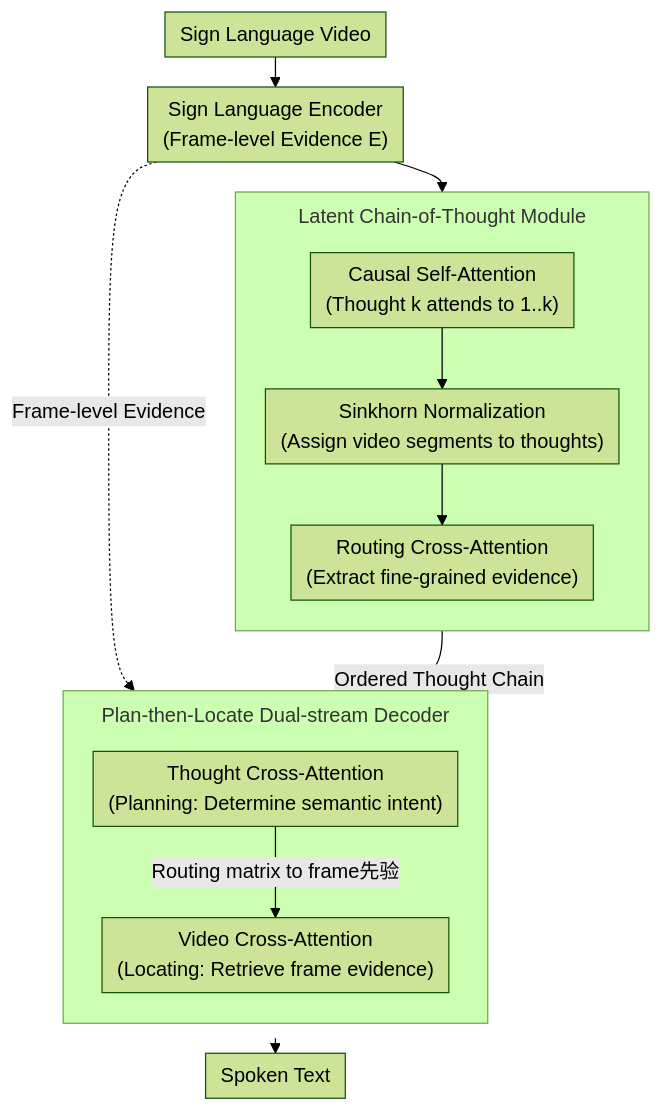
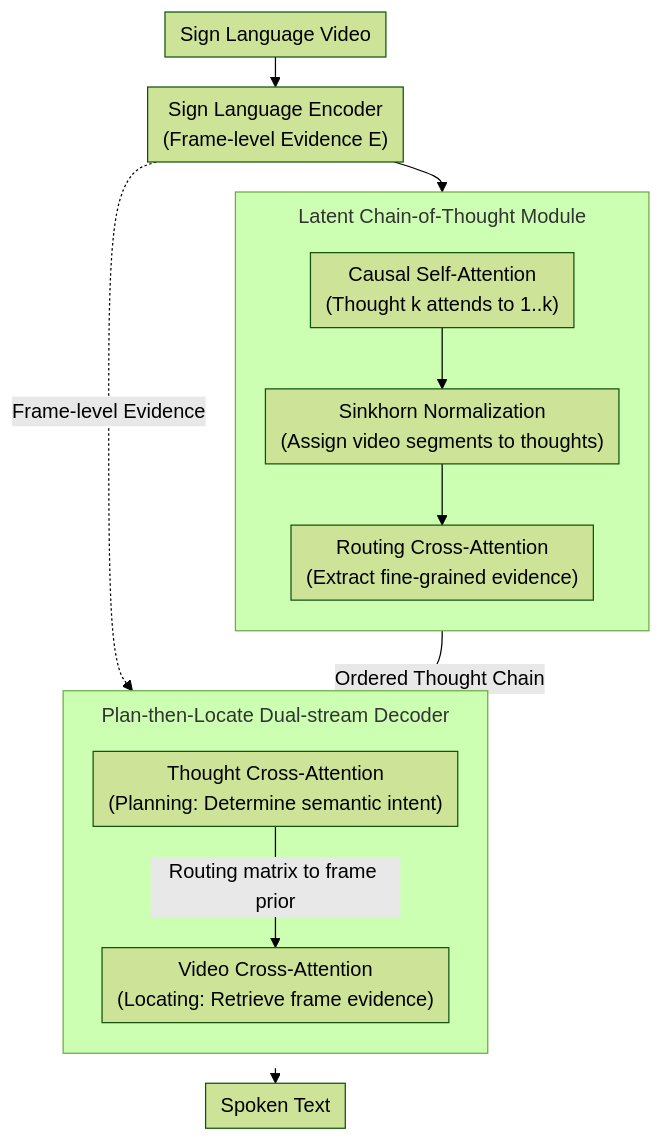
One commit to zhaoyang97/Paper-Notes-en changed the diagram in docs/ACL2026/multilingual_mt/think_in_latent_thoughts_a_new_paradigm_for_gloss-free_sign_language_translation.md. Above: the diagram before and after it, drawn with Mermaid (forest theme). The commit also changed 644 other files, not shown here.

````diff
--- a/docs/ACL2026/multilingual_mt/think_in_latent_thoughts_a_new_paradigm_for_gloss-free_sign_language_translation.md
+++ b/docs/ACL2026/multilingual_mt/think_in_latent_thoughts_a_new_paradigm_for_gloss-free_sign_language_translation.md
@@ -50,18 +50,18 @@
 ```mermaid
 %%{init: {'flowchart': {'rankSpacing': 24, 'nodeSpacing': 28, 'padding': 6, 'wrappingWidth': 400, 'subGraphTitleMargin': {'top': 8, 'bottom': 16}}}}%%
 flowchart TD
     A["Sign Language Video"] --> B["Sign Language Encoder<br/>(Frame-level Evidence E)"]
     subgraph C["Latent Chain-of-Thought Module"]
         direction TB
         C1["Causal Self-Attention<br/>(Thought k attends to 1..k)"] --> C2["Sinkhorn Normalization<br/>(Assign video segments to thoughts)"]
         C2 --> C3["Routing Cross-Attention<br/>(Extract fine-grained evidence)"]
     end
     B --> C
     subgraph E["Plan-then-Locate Dual-stream Decoder"]
         direction TB
-        E1["Thought Cross-Attention<br/>(Planning: Determine semantic intent)"] -->|Routing matrix to frame先验| E2["Video Cross-Attention<br/>(Locating: Retrieve frame evidence)"]
+        E1["Thought Cross-Attention<br/>(Planning: Determine semantic intent)"] -->|Routing matrix to frame prior| E2["Video Cross-Attention<br/>(Locating: Retrieve frame evidence)"]
     end
     C -->|Ordered Thought Chain| E
     B -.Frame-level Evidence.-> E2
     E --> F["Spoken Text"]
 ```
````
